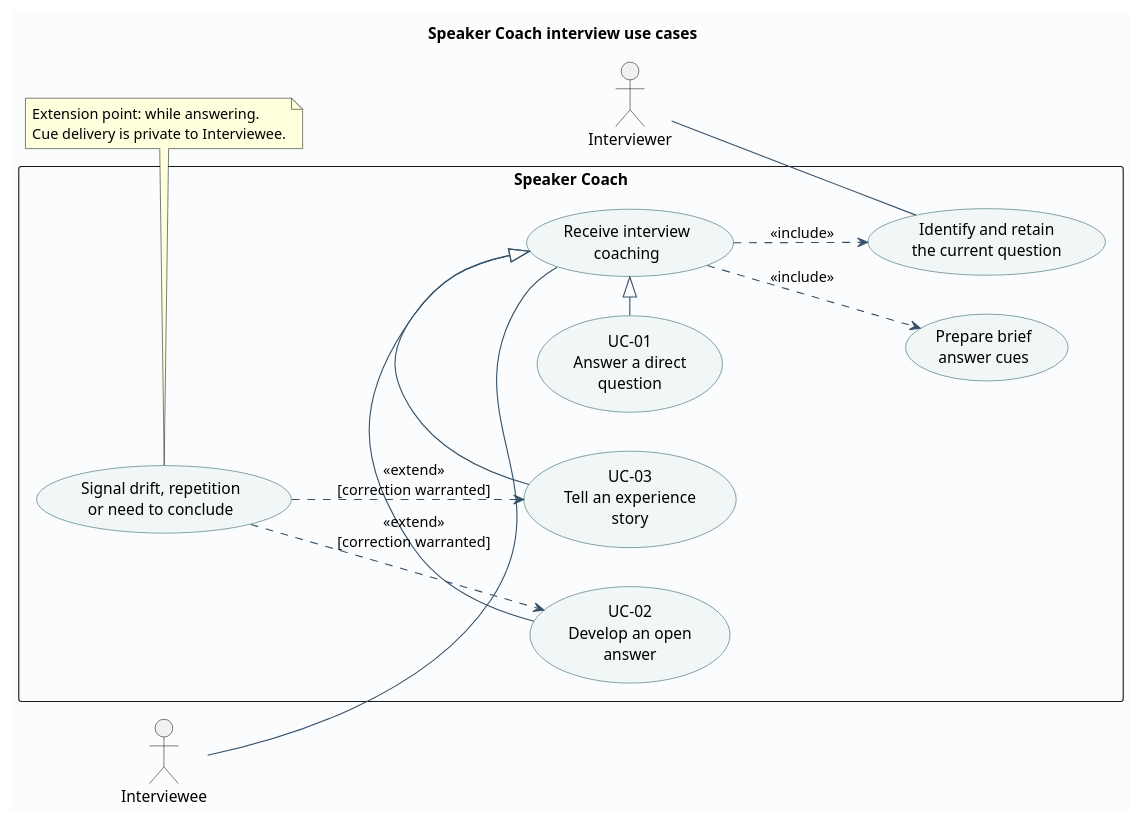
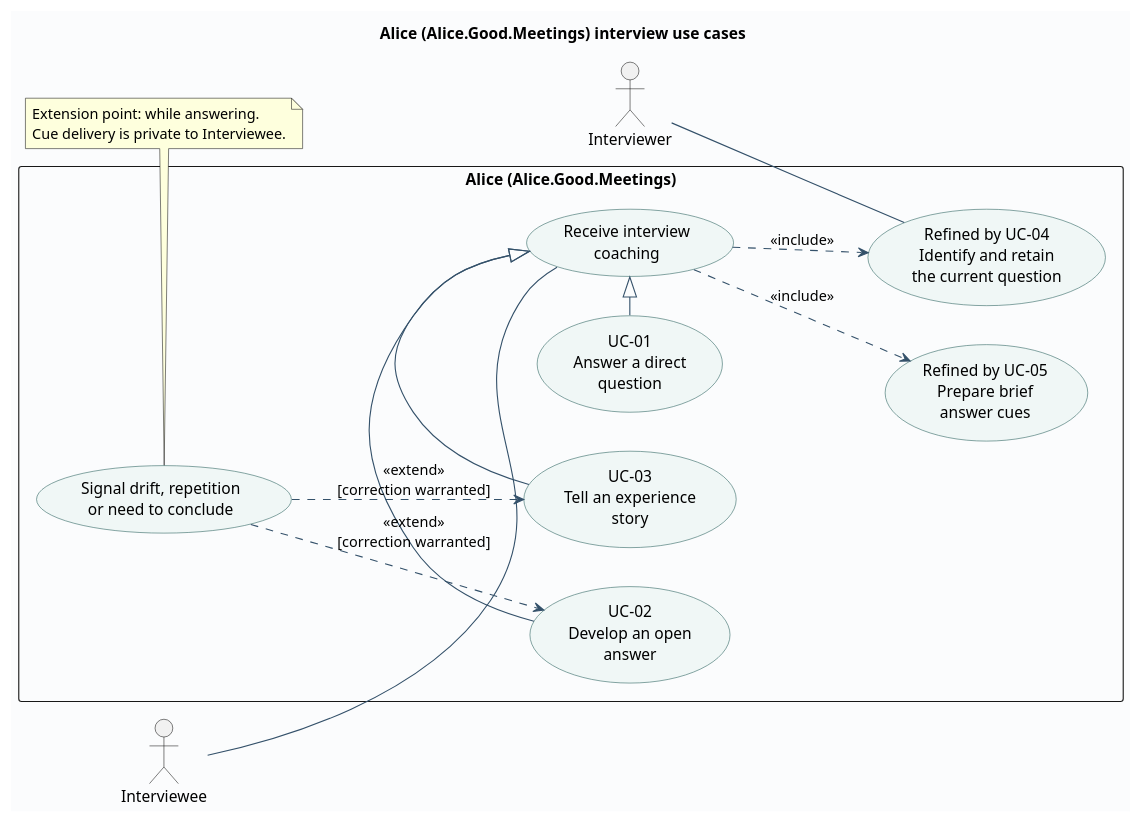
The diagram in docs/asdg/03-system-model-and-use-cases/system-use-cases.puml (Elustondo-ai/alice.good.meetings), drawn with PlantUML before and after one commit. The commit also changed 212 other files, not shown here.

```diff
--- a/docs/asdg/03-system-model-and-use-cases/system-use-cases.puml
+++ b/docs/asdg/03-system-model-and-use-cases/system-use-cases.puml
@@ -1,33 +1,33 @@
 @startuml
-title Speaker Coach interview use cases
+title Alice (Alice.Good.Meetings) interview use cases
 left to right direction
 skinparam shadowing false
 skinparam backgroundColor #FBFCFD
 skinparam usecaseBackgroundColor #F0F7F6
 skinparam usecaseBorderColor #265E5B
 skinparam ArrowColor #34516A
 actor Interviewee as User
 actor Interviewer
-rectangle "Speaker Coach" {
+rectangle "Alice (Alice.Good.Meetings)" {
   usecase "Receive interview\ncoaching" as Coaching
   usecase "UC-01\nAnswer a direct\nquestion" as Direct
   usecase "UC-02\nDevelop an open\nanswer" as Open
   usecase "UC-03\nTell an experience\nstory" as Story
-  usecase "Identify and retain\nthe current question" as Question
-  usecase "Prepare brief\nanswer cues" as Cues
+  usecase "Refined by UC-04\nIdentify and retain\nthe current question" as Question
+  usecase "Refined by UC-05\nPrepare brief\nanswer cues" as Cues
   usecase "Signal drift, repetition\nor need to conclude" as Signal
   Direct -|> Coaching
   Open -|> Coaching
   Story -|> Coaching
   Coaching ..> Question : <<include>>
   Coaching ..> Cues : <<include>>
   Signal ..> Open : <<extend>>\n[correction warranted]
   Signal ..> Story : <<extend>>\n[correction warranted]
 }
 User -- Coaching
 Interviewer -- Question
 note bottom of Signal
   Extension point: while answering.
   Cue delivery is private to Interviewee.
 end note
 @enduml
```
